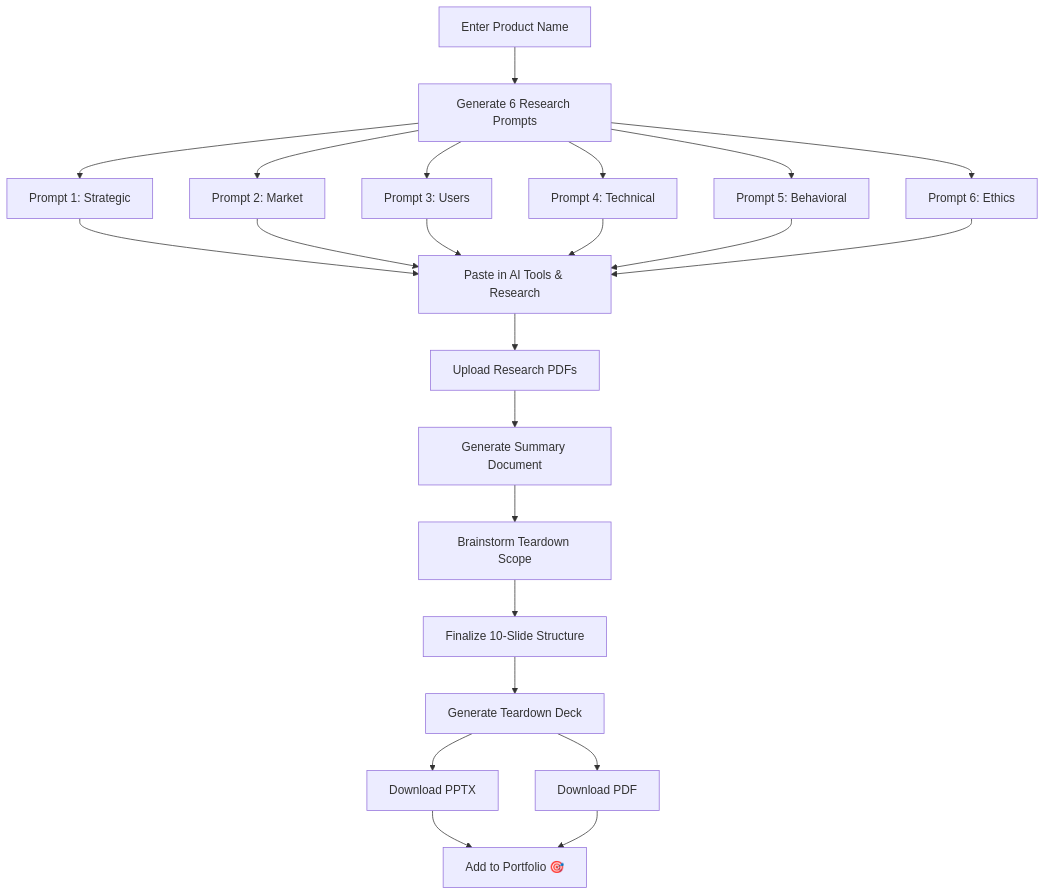
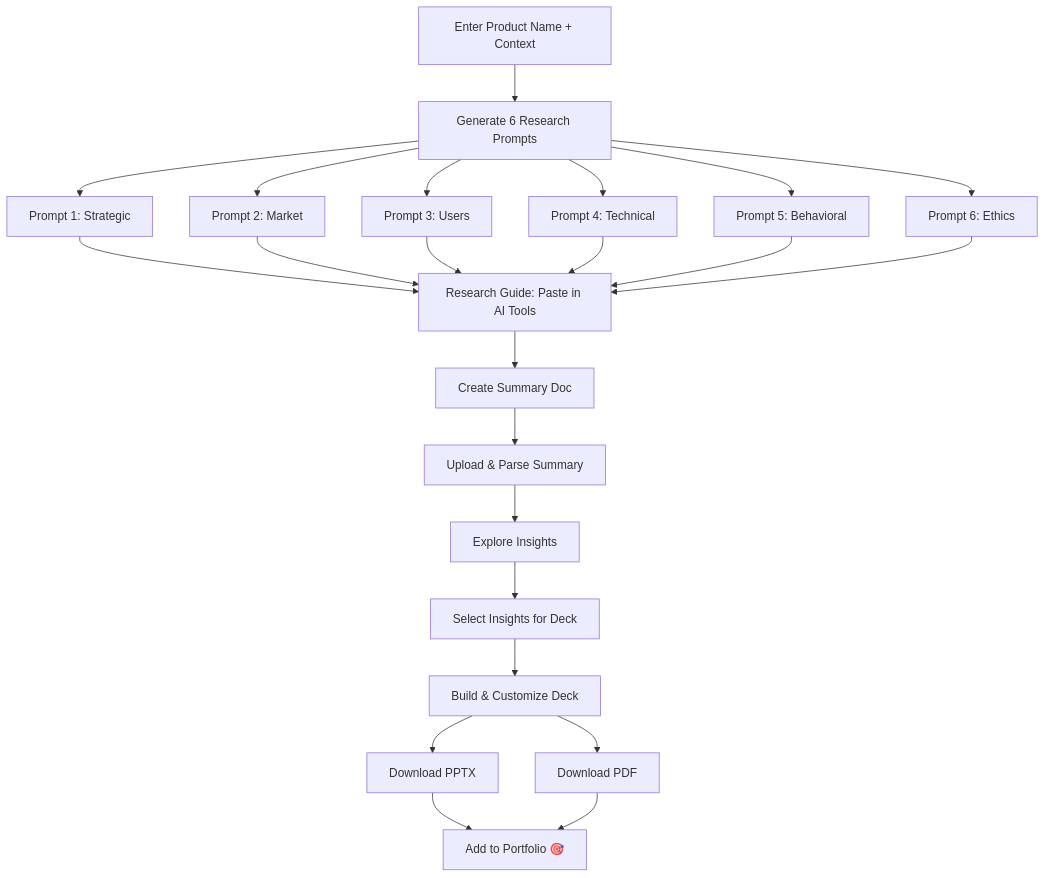
The diagram in docs/PROJECT_PLAN.md (Pankaj-Shrivastava/product-discovery-and-teardown), drawn with Mermaid before and after one commit. The commit also changed other lines of this file and 8 other files, not shown here.

Commit message:
feat: add comprehensive documentation covering architecture, project plan, edge cases, and UI prompts

````diff
--- a/docs/PROJECT_PLAN.md
+++ b/docs/PROJECT_PLAN.md
@@ -292,25 +333,25 @@
 ```mermaid
 graph TD
-    A["Enter Product Name"] --> B["Generate 6 Research Prompts"]
+    A["Enter Product Name + Context"] --> B["Generate 6 Research Prompts"]
     B --> C1["Prompt 1: Strategic"]
     B --> C2["Prompt 2: Market"]
     B --> C3["Prompt 3: Users"]
     B --> C4["Prompt 4: Technical"]
     B --> C5["Prompt 5: Behavioral"]
     B --> C6["Prompt 6: Ethics"]
-    C1 --> D["Paste in AI Tools & Research"]
+    C1 --> D["Research Guide: Paste in AI Tools"]
     C2 --> D
     C3 --> D
     C4 --> D
     C5 --> D
     C6 --> D
-    D --> E["Upload Research PDFs"]
-    E --> F["Generate Summary Document"]
-    F --> G["Brainstorm Teardown Scope"]
-    G --> H["Finalize 10-Slide Structure"]
-    H --> I["Generate Teardown Deck"]
+    D --> E["Create Summary Doc"]
+    E --> F["Upload & Parse Summary"]
+    F --> G["Explore Insights"]
+    G --> H["Select Insights for Deck"]
+    H --> I["Build & Customize Deck"]
     I --> J1["Download PPTX"]
     I --> J2["Download PDF"]
     J1 --> K["Add to Portfolio 🎯"]
     J2 --> K
 ```
````
